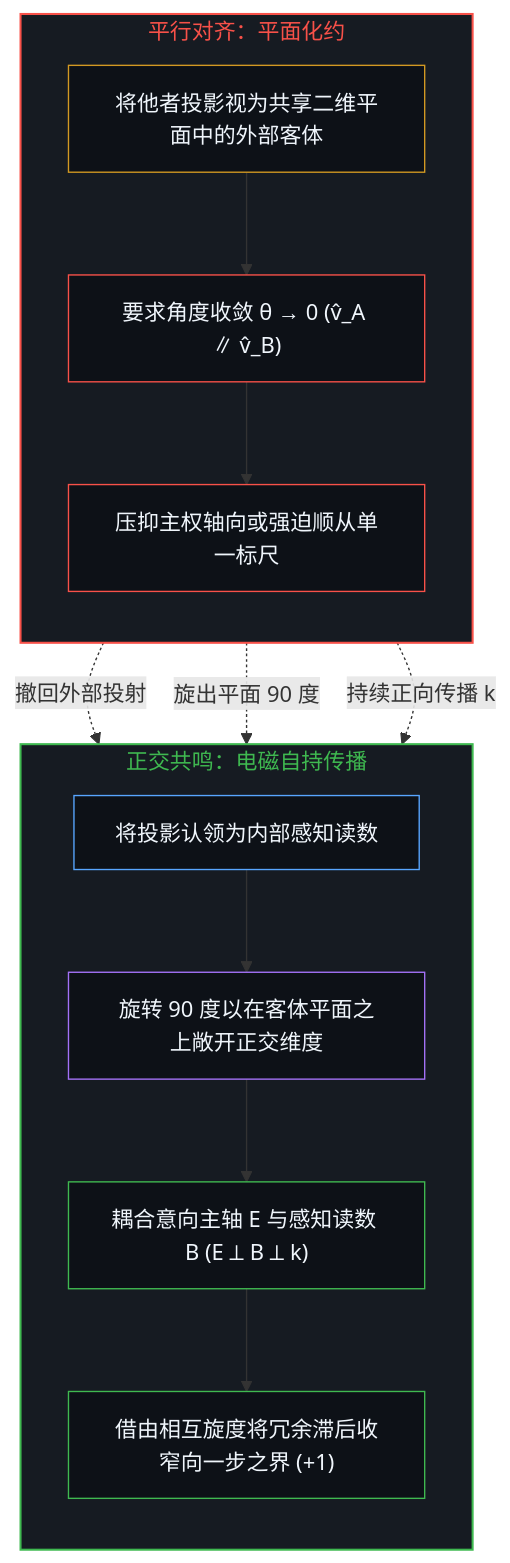
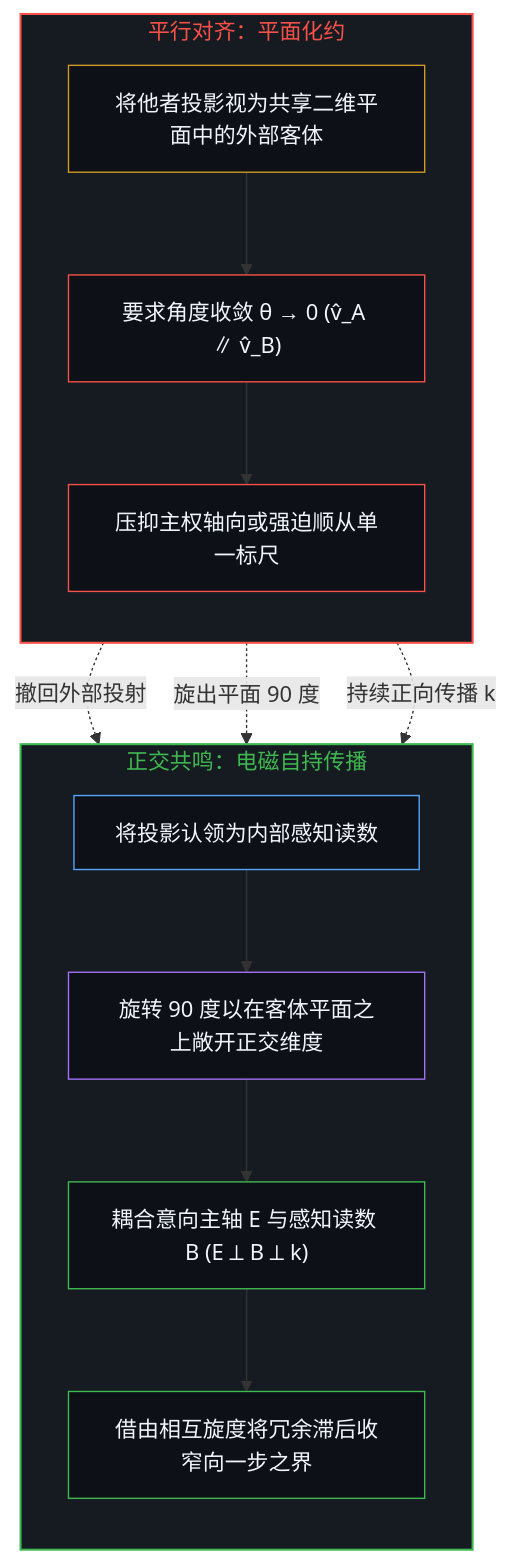
Before and after one commit to powerpig99/not-a-toe: the seventh of 8 diagrams in content/posts/the-mind-as-vector-and-coordinate-system.md, drawn with Mermaid. The commit also changed other lines of this file and 13 other files, not shown here.

````diff
--- a/content/posts/the-mind-as-vector-and-coordinate-system.md
+++ b/content/posts/the-mind-as-vector-and-coordinate-system.md
@@ -221,30 +221,30 @@
 ```mermaid
 flowchart TD
     subgraph S_Parallel["平行对齐：平面化约"]
         direction TB
         P1["将他者投影视为共享二维平面中的外部客体"]
         P2["要求角度收敛 θ → 0 (v̂_A ∥ v̂_B)"]
         P3["压抑主权轴向或强迫顺从单一标尺"]
         P1 --> P2 --> P3
     end
     subgraph S_Ortho["正交共鸣：电磁自持传播"]
         direction TB
         E1["将投影认领为内部感知读数"]
         E2["旋转 90 度以在客体平面之上敞开正交维度"]
         E3["耦合意向主轴 E 与感知读数 B (E ⟂ B ⟂ k)"]
-        E4["借由相互旋度将冗余滞后收窄向一步之界 (+1)"]
+        E4["借由相互旋度将冗余滞后收窄向一步之界"]
         E1 --> E2 --> E3 --> E4
     end
     P1 -.->|"撤回外部投射"| E1
     P2 -.->|"旋出平面 90 度"| E2
     P3 -.->|"持续正向传播 k"| E4
     style S_Parallel fill:#161b22,stroke:#f85149,stroke-width:1.5px,color:#f85149
     style S_Ortho fill:#161b22,stroke:#3fb950,stroke-width:1.5px,color:#3fb950
     style P1 fill:#0d1117,stroke:#d29922,stroke-width:1px,color:#f0f6fc
     style P2 fill:#0d1117,stroke:#f85149,stroke-width:1px,color:#f0f6fc
     style P3 fill:#0d1117,stroke:#f85149,stroke-width:1px,color:#f0f6fc
     style E1 fill:#0d1117,stroke:#58a6ff,stroke-width:1px,color:#f0f6fc
     style E2 fill:#0d1117,stroke:#a371f7,stroke-width:1px,color:#f0f6fc
     style E3 fill:#0d1117,stroke:#3fb950,stroke-width:1px,color:#f0f6fc
     style E4 fill:#0d1117,stroke:#3fb950,stroke-width:1px,color:#f0f6fc
 ```
````
